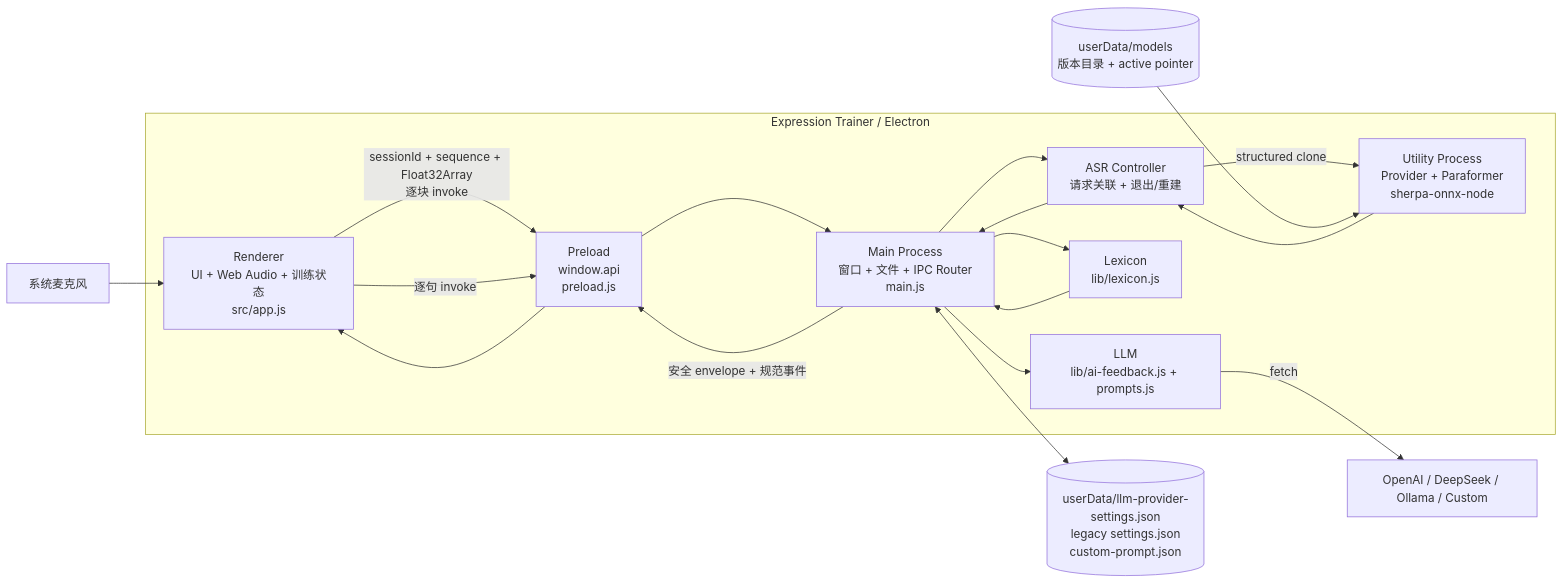
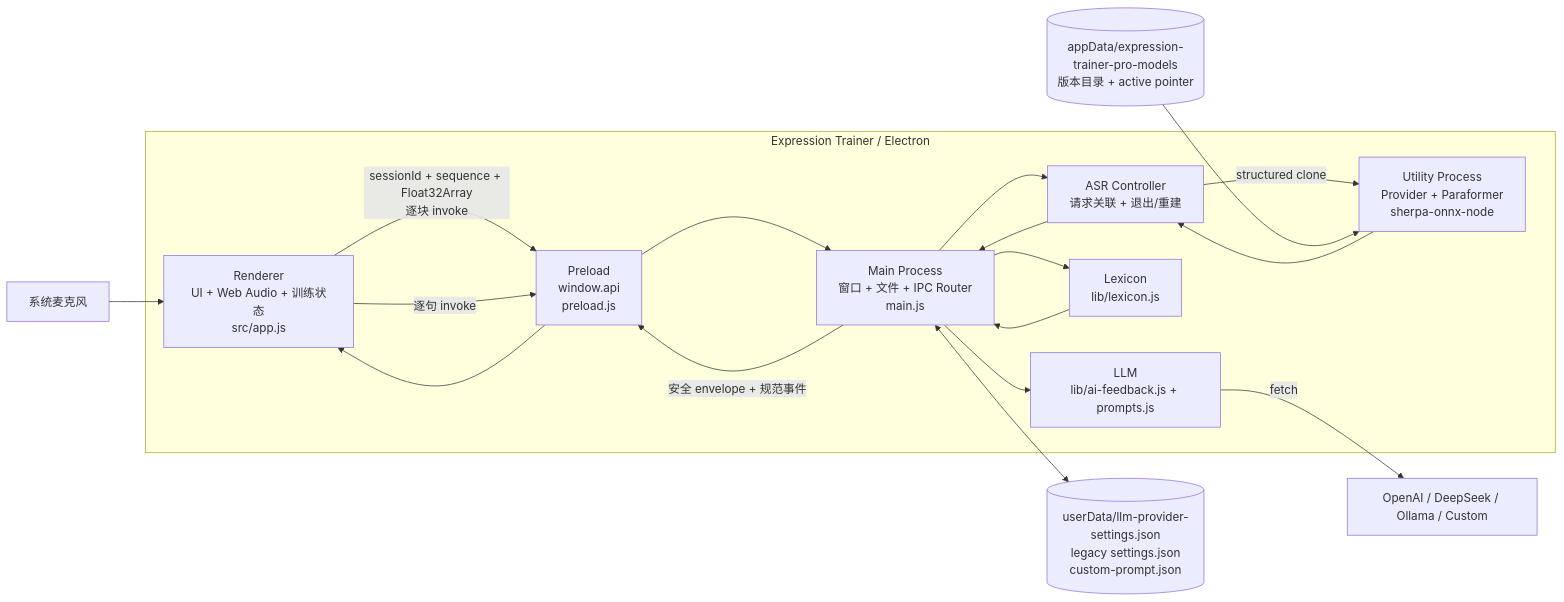
Before and after one commit to morigejile/expression-trainer-pro: the diagram in docs/architecture/current.md, drawn with Mermaid. The commit also changed other lines of this file and 3 other files, not shown here.

````diff
--- a/docs/architecture/current.md
+++ b/docs/architecture/current.md
@@ -125,34 +125,34 @@
 ```mermaid
 flowchart LR
   Mic[系统麦克风]
   LLM[OpenAI / DeepSeek / Ollama / Custom]
-  Model[(userData/models\n版本目录 + active pointer)]
+  Model[(appData/expression-trainer-pro-models\n版本目录 + active pointer)]
   UserData[(userData/llm-provider-settings.json\nlegacy settings.json\ncustom-prompt.json)]
 
   subgraph Electron[Expression Trainer / Electron]
     R[Renderer\nUI + Web Audio + 训练状态\nsrc/app.js]
     P[Preload\nwindow.api\npreload.js]
     M[Main Process\n窗口 + 文件 + IPC Router\nmain.js]
     C[ASR Controller\n请求关联 + 退出/重建]
     A[Utility Process\nProvider + Paraformer\nsherpa-onnx-node]
     X[Lexicon\nlib/lexicon.js]
     F[LLM\nlib/ai-feedback.js + prompts.js]
   end
 
   Mic --> R
   R -->|sessionId + sequence + Float32Array\n逐块 invoke| P
   P --> M
   M --> C
   C -->|structured clone| A
   Model --> A
   A --> C
   C --> M
   M -->|安全 envelope + 规范事件| P
   P --> R
   R -->|逐句 invoke| P
   M --> X
   X --> M
   M --> F
   F -->|fetch| LLM
   M <--> UserData
 ```
````
